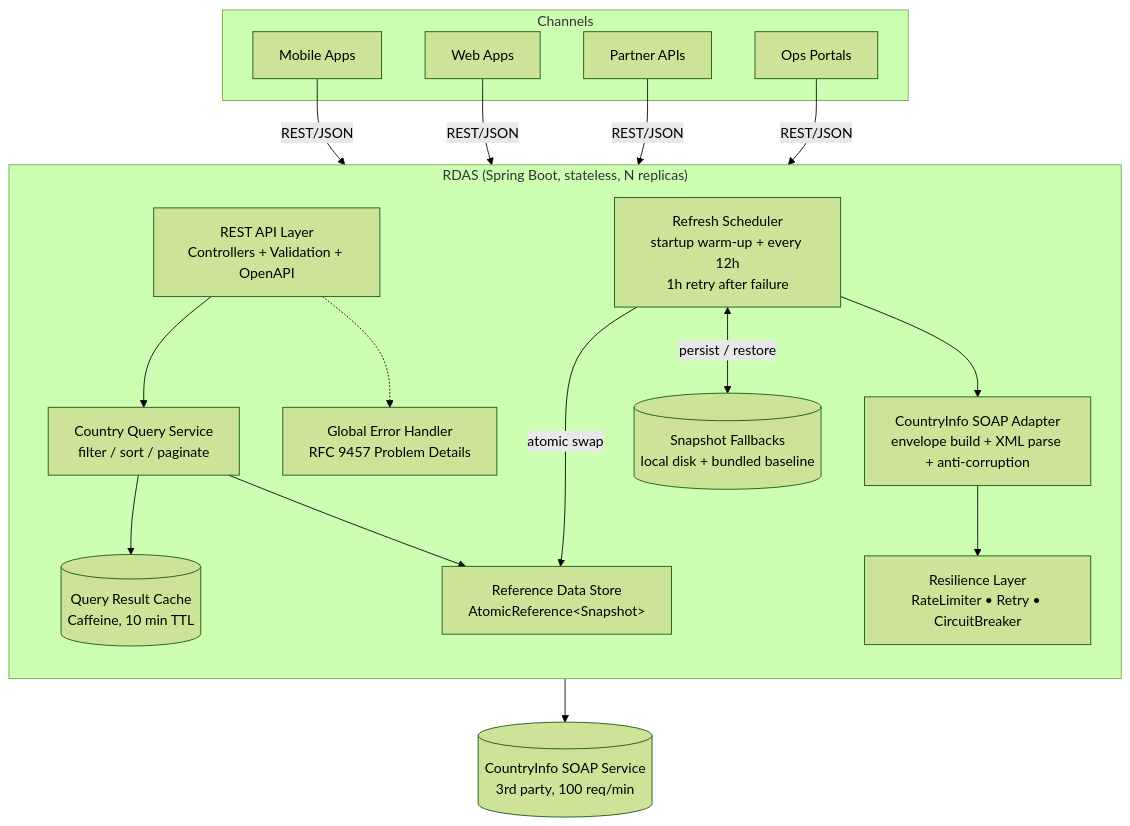
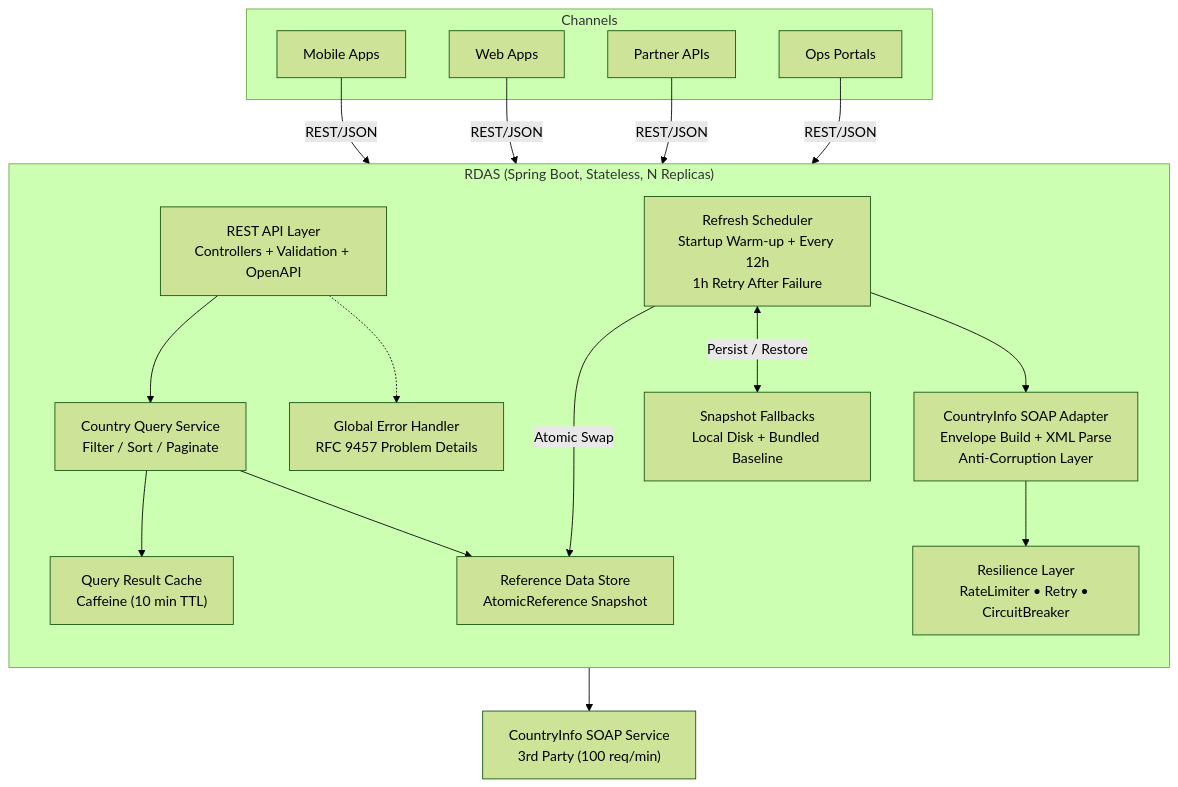
Before and after one commit to paulodhiambo/reference-data-aggregator: the first of 3 diagrams in architecture.md, drawn with Mermaid (forest theme). The commit also changed 2 other files, not shown here.

Commit message:
Update documentation details and sync styling

````diff
--- a/architecture.md
+++ b/architecture.md
@@ -77,34 +77,64 @@
 ```mermaid
 flowchart TB
+
     subgraph Channels
-        M[Mobile Apps]
-        W[Web Apps]
-        P[Partner APIs]
-        O[Ops Portals]
+        M["Mobile Apps"]
+        W["Web Apps"]
+        P["Partner APIs"]
+        O["Ops Portals"]
     end
 
-    subgraph RDAS["RDAS (Spring Boot, stateless, N replicas)"]
+    subgraph RDAS["RDAS (Spring Boot, Stateless, N Replicas)"]
         direction TB
-        GW[REST API Layer<br/>Controllers + Validation + OpenAPI]
-        EH[Global Error Handler<br/>RFC 9457 Problem Details]
-        QS[Country Query Service<br/>filter / sort / paginate]
-        QC[(Query Result Cache<br/>Caffeine, 10 min TTL)]
-        RDS[Reference Data Store<br/>AtomicReference&lt;Snapshot&gt;]
-        FB[(Snapshot Fallbacks<br/>local disk + bundled baseline)]
-        SCH[Refresh Scheduler<br/>startup warm-up + every 12h<br/>1h retry after failure]
-        RES[Resilience Layer<br/>RateLimiter • Retry • CircuitBreaker]
-        SC[CountryInfo SOAP Adapter<br/>envelope build + XML parse + anti-corruption]
+
+        GW["REST API Layer
+Controllers + Validation + OpenAPI"]
+
+        EH["Global Error Handler
+RFC 9457 Problem Details"]
+
+        QS["Country Query Service
+Filter / Sort / Paginate"]
+
+        QC["Query Result Cache
+Caffeine (10 min TTL)"]
+
+        RDS["Reference Data Store
+AtomicReference Snapshot"]
+
+        FB["Snapshot Fallbacks
+Local Disk + Bundled Baseline"]
+
+        SCH["Refresh Scheduler
+Startup Warm-up + Every 12h
+1h Retry After Failure"]
+
+        RES["Resilience Layer
+RateLimiter • Retry • CircuitBreaker"]
+
+        SC["CountryInfo SOAP Adapter
+Envelope Build + XML Parse
+Anti-Corruption Layer"]
     end
 
-    SOAP[(CountryInfo SOAP Service<br/>3rd party, 100 req/min)]
+    SOAP["CountryInfo SOAP Service
+3rd Party (100 req/min)"]
 
-    M & W & P & O -->|REST/JSON| GW
+    M -->|REST/JSON| GW
+    W -->|REST/JSON| GW
+    P -->|REST/JSON| GW
+    O -->|REST/JSON| GW
+
     GW --> QS
     GW -.-> EH
+
     QS --> QC
     QS --> RDS
+
     SCH --> SC
-    SC --> RES --> SOAP
-    SCH -->|atomic swap| RDS
-    SCH <-->|persist / restore| FB
+    SC --> RES
+    RES --> SOAP
+
+    SCH -->|Atomic Swap| RDS
+    SCH <-->|Persist / Restore| FB
 ```
````
